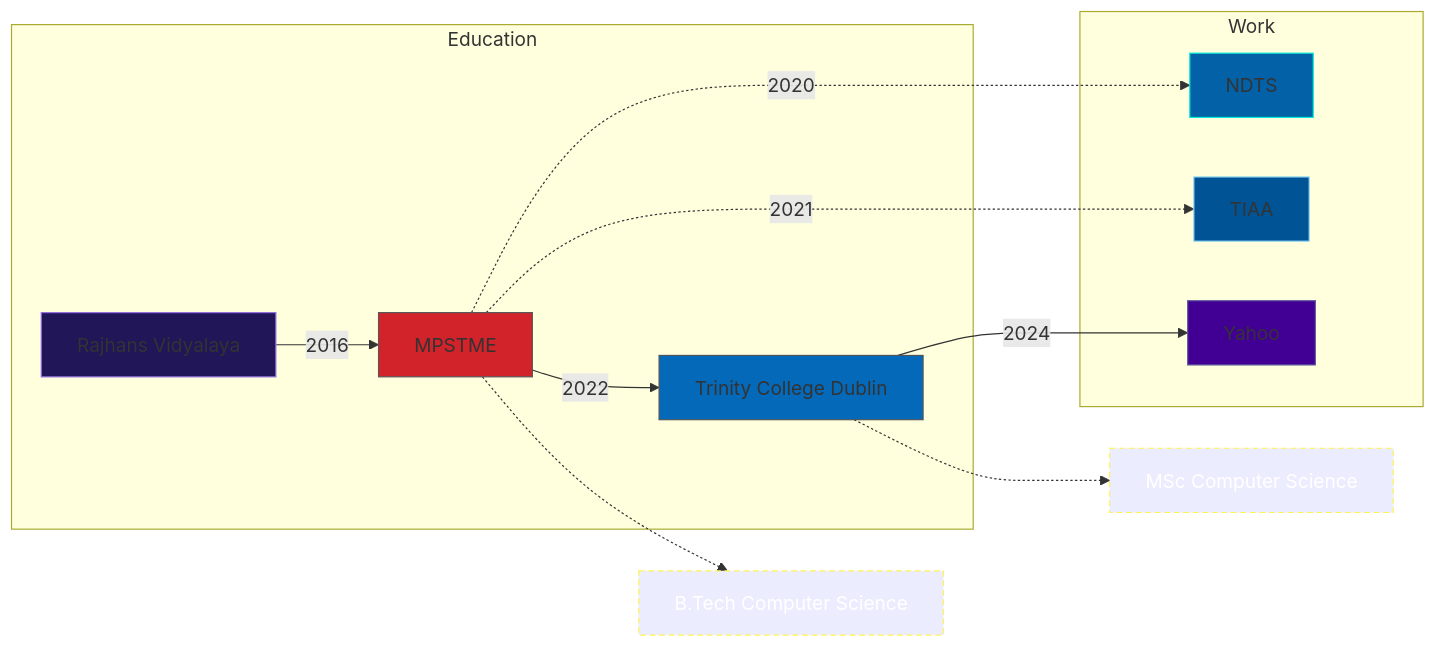
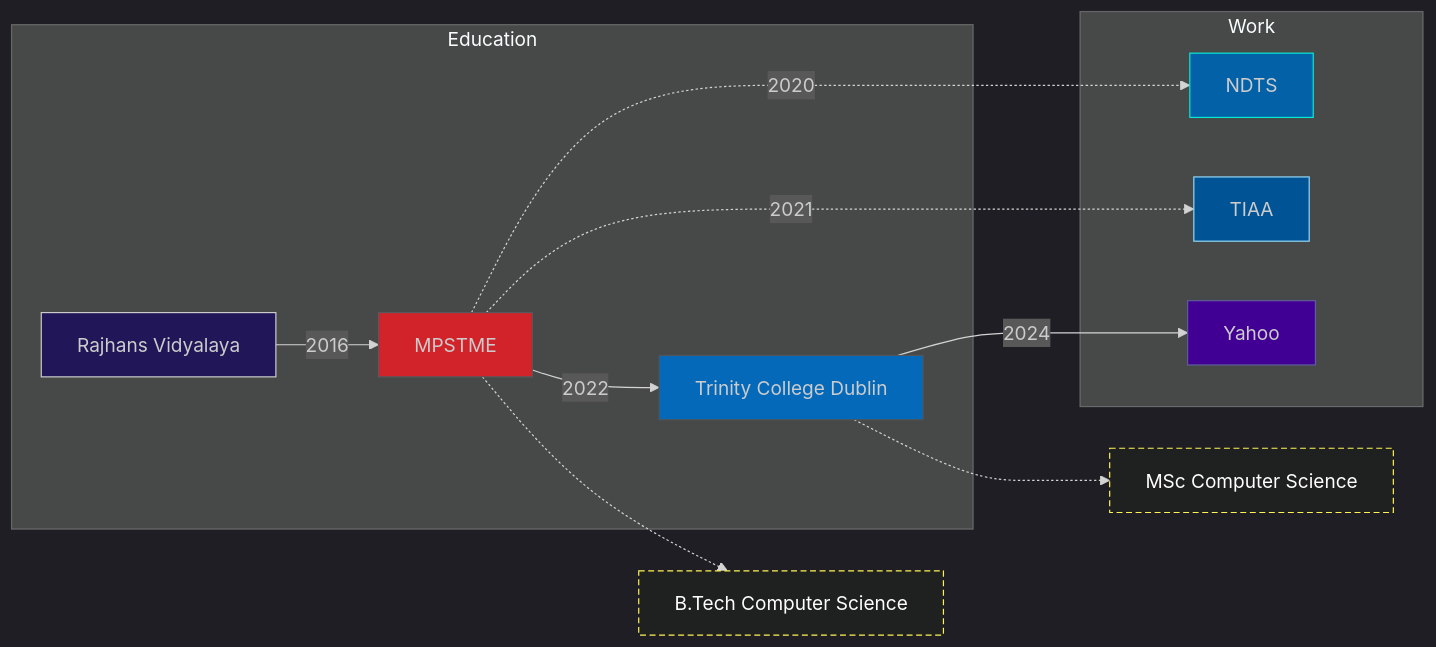
One commit to hamzzgab/hamzzgab changed the diagram in README.md. Above: the diagram before and after it, drawn with Mermaid.

````diff
--- a/README.md
+++ b/README.md
@@ -23,24 +23,25 @@
 ```mermaid
+%%{init: {'theme':'dark'}}%%
 flowchart LR
   A1-.->|2020|B0
   A1-.->|2021|B1
   A2-->|2024|B2
   A1-.->D1[B.Tech Computer Science]:::int
   A2-.->D2[MSc Computer Science]:::int
   subgraph Education
     A0[Rajhans Vidyalaya]:::rajhans-->|2016|A1[MPSTME]:::mukesh-->|2022|A2[Trinity College Dublin]:::tcd
   end
 subgraph Work
     B0[NDTS]:::ndts
     B1[TIAA]:::tiaa
     B2[Yahoo]:::yahoo
   end
 
 classDef rajhans fill:#201658, stroke-width:1px
 classDef mukesh fill:#d2222a, stroke:#58585a, stroke-width:1px
 classDef tcd fill:#0569b9, stroke:#50555a, stroke-width:1px
 classDef ndts fill:#0362a7, stroke:#07e9d6, stroke-width:1px
 classDef tiaa fill:#005495, stroke:#95D9F7, stroke-width:1px
 classDef yahoo fill:#410093, stroke:#5F5D9C, stroke-width:1px
 classDef int stroke:#FFF455, stroke-width:1px, color:#fff,stroke-dasharray: 5 3
 ```
````
